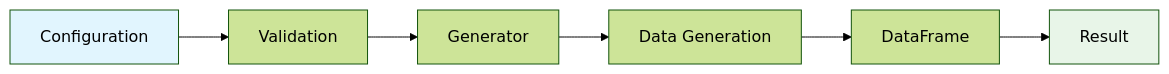
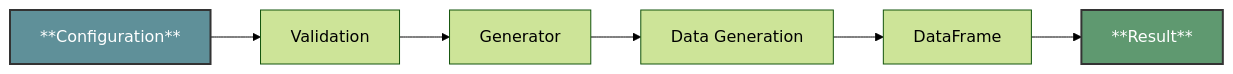
One commit to ojeda-e/synthbiodata changed the diagram in docs/user-guide/architecture.md. Above: the diagram before and after it, drawn with Mermaid (forest theme). The commit also changed other lines of this file and 4 other files, not shown here.

````diff
--- a/docs/user-guide/architecture.md
+++ b/docs/user-guide/architecture.md
@@ -69,11 +69,11 @@
 ```mermaid
 graph LR
-    A[Configuration] --> B[Validation]
+    A[**Configuration**] --> B[Validation]
     B --> C[Generator]
     C --> D[Data Generation]
     D --> E[DataFrame]
-    E --> F[Result]
+    E --> F[**Result**]
     
-    style A fill:#e1f5fe
-    style F fill:#e8f5e8
+    style A fill:#5f9099,stroke:#333,stroke-width:2px,color:#fff
+    style F fill:#5f9970,stroke:#333,stroke-width:2px,color:#fff
 ```
````
